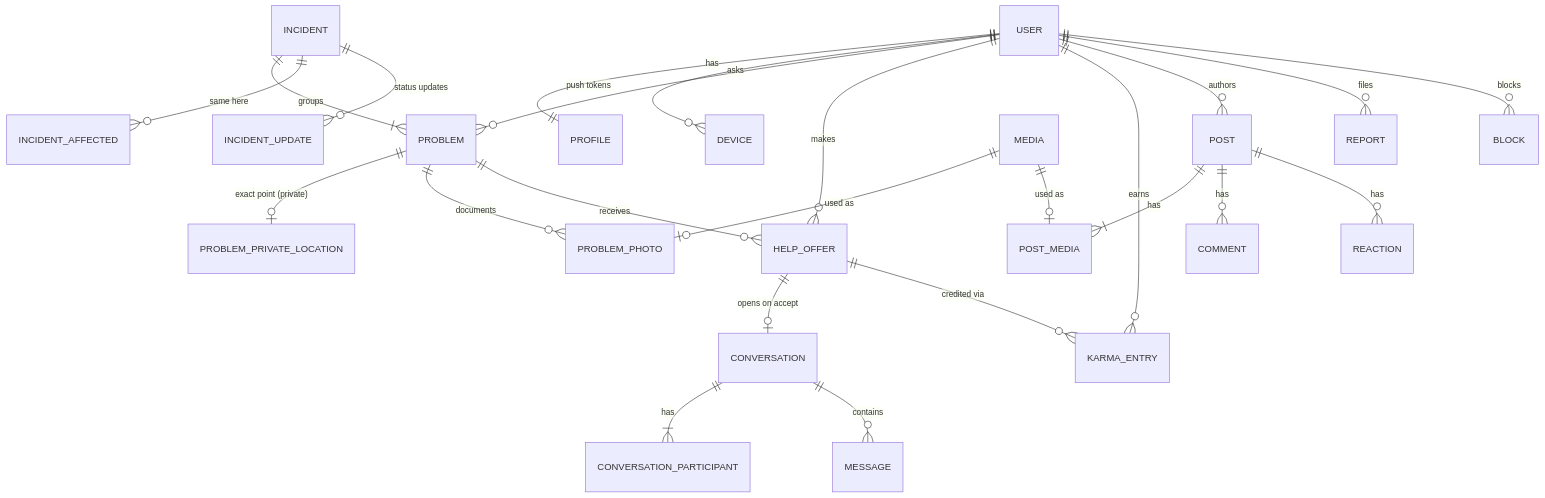
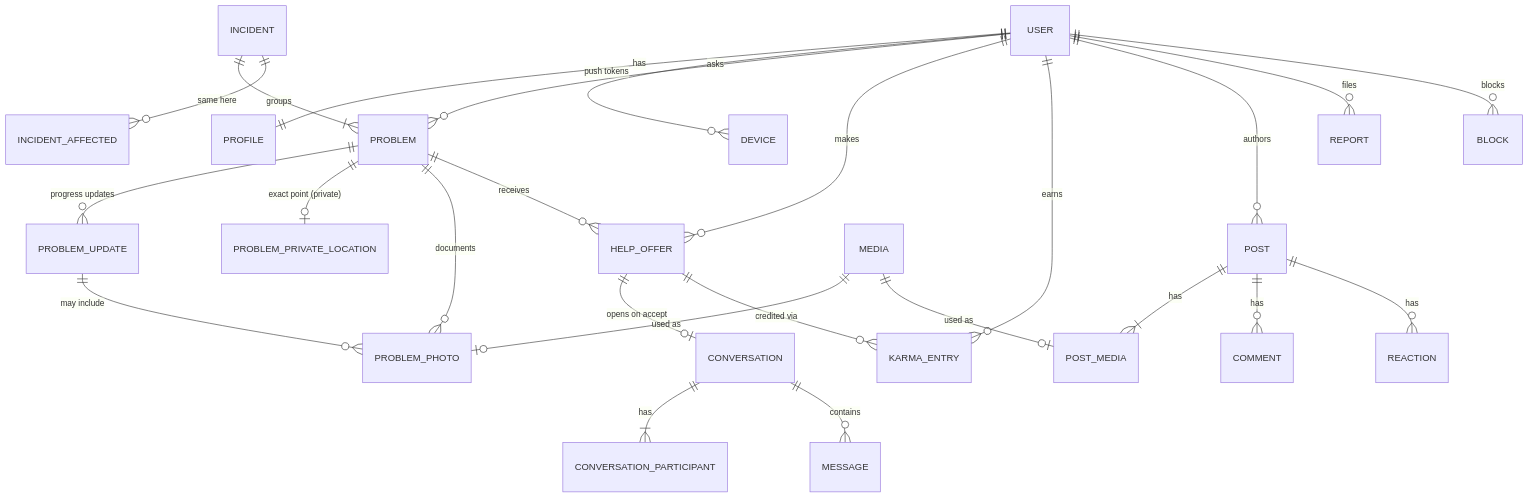
One commit to thedeepakreddy/HelpIN changed the second of 5 diagrams in docs/02-domain-model.md. Above: the diagram before and after it, drawn with Mermaid. The commit also changed other lines of this file and 7 other files, not shown here.

````diff
--- a/docs/02-domain-model.md
+++ b/docs/02-domain-model.md
@@ -80,26 +83,27 @@
 ```mermaid
 erDiagram
   USER ||--|| PROFILE : has
   USER ||--o{ DEVICE : "push tokens"
   USER ||--o{ PROBLEM : asks
   INCIDENT ||--|{ PROBLEM : groups
   INCIDENT ||--o{ INCIDENT_AFFECTED : "same here"
-  INCIDENT ||--o{ INCIDENT_UPDATE : "status updates"
+  PROBLEM ||--o{ PROBLEM_UPDATE : "progress updates"
   PROBLEM ||--o| PROBLEM_PRIVATE_LOCATION : "exact point (private)"
   PROBLEM ||--o{ PROBLEM_PHOTO : documents
+  PROBLEM_UPDATE ||--o{ PROBLEM_PHOTO : "may include"
   PROBLEM ||--o{ HELP_OFFER : receives
   USER ||--o{ HELP_OFFER : makes
   HELP_OFFER ||--o| CONVERSATION : "opens on accept"
   CONVERSATION ||--|{ CONVERSATION_PARTICIPANT : has
   CONVERSATION ||--o{ MESSAGE : contains
   USER ||--o{ KARMA_ENTRY : earns
   HELP_OFFER ||--o{ KARMA_ENTRY : "credited via"
   USER ||--o{ POST : authors
   POST ||--|{ POST_MEDIA : has
   POST ||--o{ COMMENT : has
   POST ||--o{ REACTION : has
   MEDIA ||--o| PROBLEM_PHOTO : "used as"
   MEDIA ||--o| POST_MEDIA : "used as"
   USER ||--o{ REPORT : files
   USER ||--o{ BLOCK : blocks
 ```
````
